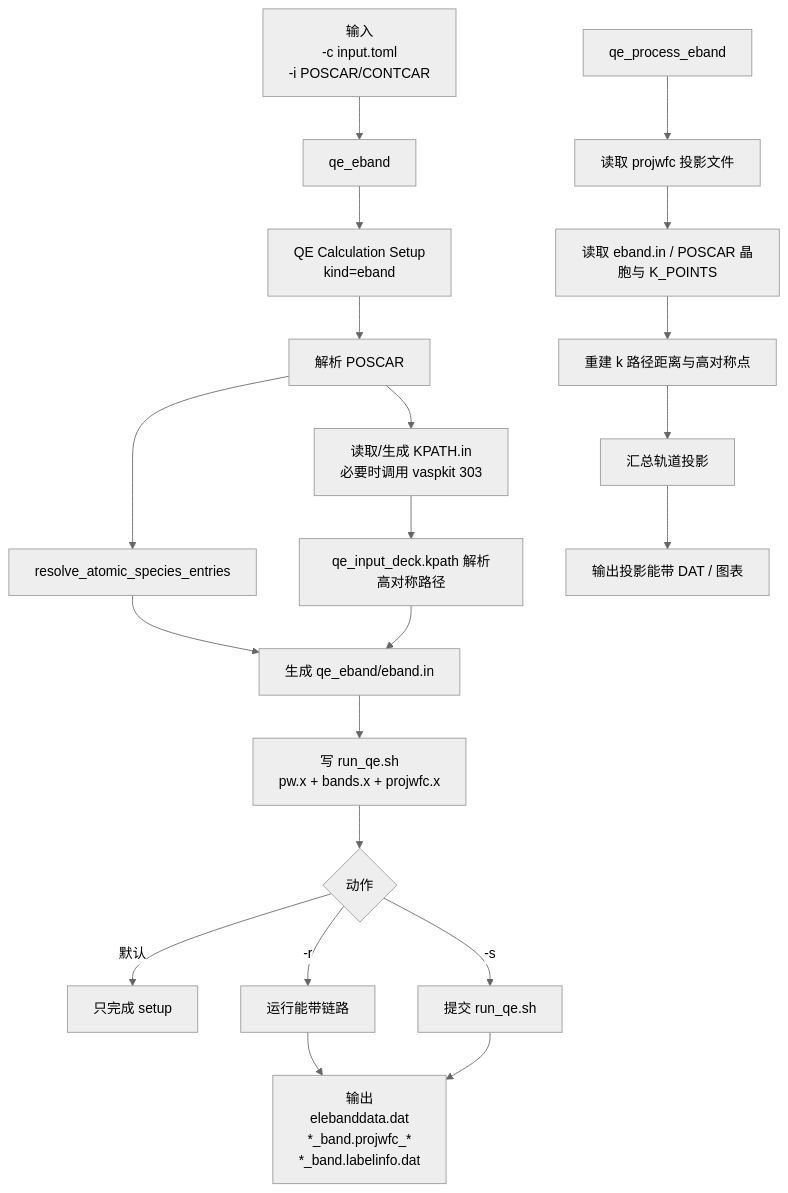
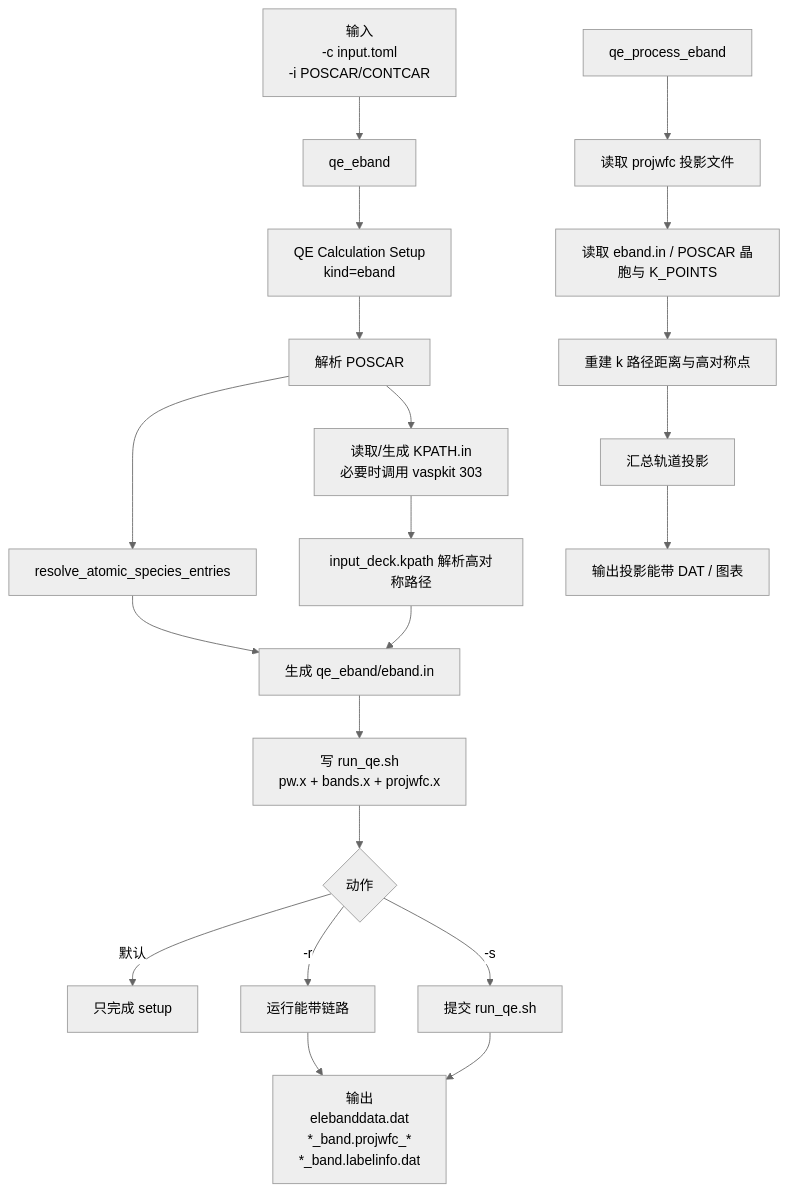
Before and after one commit to JLU-ICCMS-MaYuan/dftflow: the diagram in qeflow/eband/eband-cli-flow.mmd, drawn with Mermaid (neutral theme). The commit also changed 54 other files, not shown here.

```diff
--- a/qeflow/eband/eband-cli-flow.mmd
+++ b/qeflow/eband/eband-cli-flow.mmd
@@ -1,25 +1,25 @@
 ---
 id: ceb1b219-0234-49b9-8ff6-3f078ad9a82b
 ---
 flowchart TD
     A["输入<br/>-c input.toml<br/>-i POSCAR/CONTCAR"] --> B["qe_eband"]
     B --> C["QE Calculation Setup<br/>kind=eband"]
     C --> D["解析 POSCAR"]
     D --> E["读取/生成 KPATH.in<br/>必要时调用 vaspkit 303"]
-    E --> F["qe_input_deck.kpath 解析高对称路径"]
+    E --> F["input_deck.kpath 解析高对称路径"]
     D --> G["resolve_atomic_species_entries"]
     G --> H["生成 qe_eband/eband.in"]
     F --> H
     H --> I["写 run_qe.sh<br/>pw.x + bands.x + projwfc.x"]
     I --> J{"动作"}
     J -->|默认| K["只完成 setup"]
     J -->| -r | L["运行能带链路"]
     J -->| -s | M["提交 run_qe.sh"]
     L --> N["输出<br/>elebanddata.dat<br/>*_band.projwfc_*<br/>*_band.labelinfo.dat"]
     M --> N
 
     O["qe_process_eband"] --> P["读取 projwfc 投影文件"]
     P --> Q["读取 eband.in / POSCAR 晶胞与 K_POINTS"]
     Q --> R["重建 k 路径距离与高对称点"]
     R --> S["汇总轨道投影"]
     S --> T["输出投影能带 DAT / 图表"]
```
